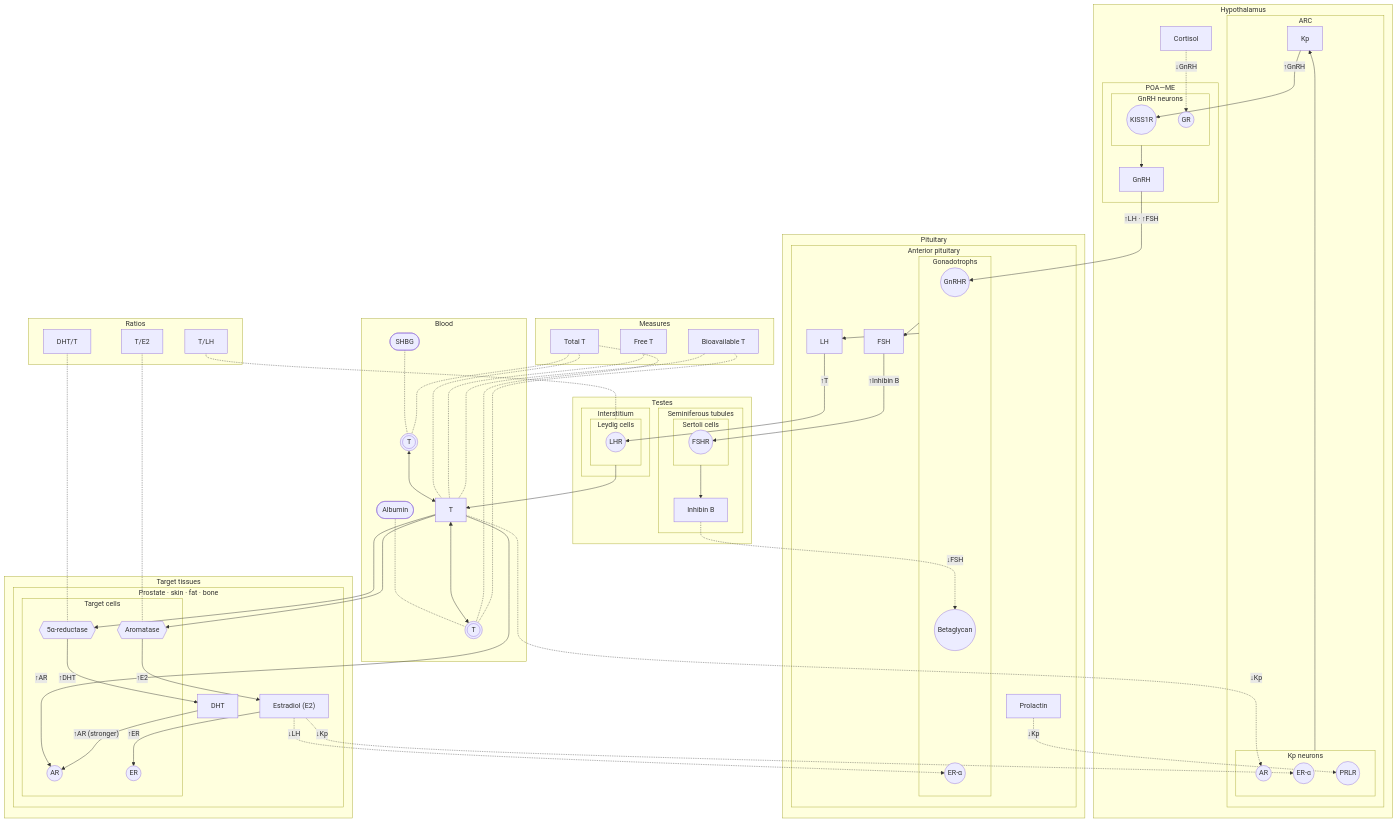
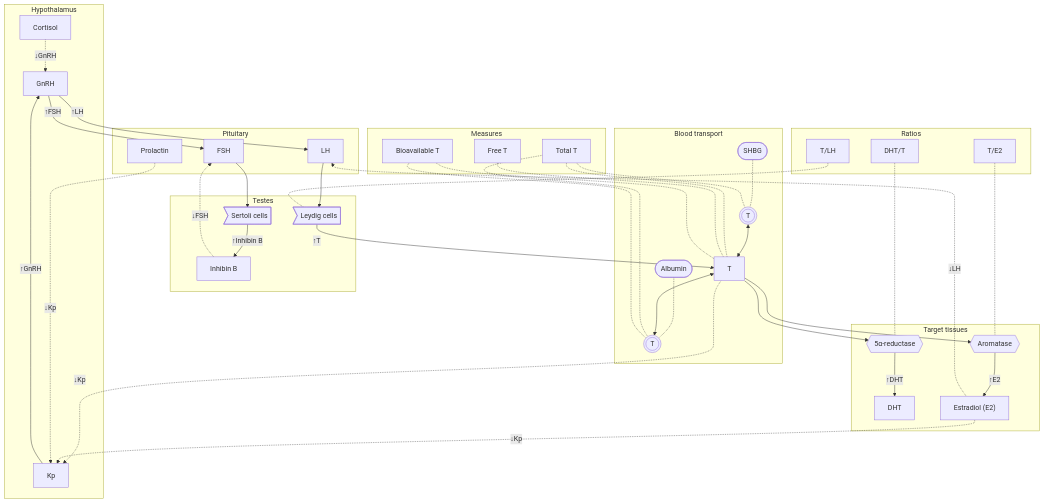
One commit to alexisayenko/project-bloodtests-v3 changed the diagram in docs/tasks/task-0024.md. Above: the diagram before and after it, drawn with Mermaid. The commit also changed other lines of this file and 10 other files, not shown here.

```diff
--- a/docs/tasks/task-0024.md
+++ b/docs/tasks/task-0024.md
@@ -363,48 +429,20 @@
 flowchart TB
   subgraph HYP["Hypothalamus"]
     CORT["Cortisol"]
-    subgraph ARC["ARC"]
-      KP["Kp"]
-      subgraph KPN["Kp neurons"]
-        KPN_AR(("AR"))
-        KPN_ERA(("ER-α"))
-        KPN_PRLR(("PRLR"))
-      end
-    end
-    subgraph POAME["POA—ME"]
-      GNRH["GnRH"]
-      subgraph GNRHN["GnRH neurons"]
-        GNRHN_KISS1R(("KISS1R"))
-        GNRHN_GR(("GR"))
-      end
-    end
+    KP["Kp"]
+    GNRH["GnRH"]
   end
   subgraph PIT["Pituitary"]
-    subgraph AP["Anterior pituitary"]
-      LH["LH"]
-      FSH["FSH"]
-      PRL["Prolactin"]
-      subgraph GTH["Gonadotrophs"]
-        GTH_GNRHR(("GnRHR"))
-        GTH_ERA(("ER-α"))
-        GTH_INHR(("Betaglycan"))
-      end
-    end
+    LH["LH"]
+    FSH["FSH"]
+    PRL["Prolactin"]
   end
   subgraph TES["Testes"]
-    subgraph INTER["Interstitium"]
-      subgraph LEY["Leydig cells"]
-        LEY_LHR(("LHR"))
-      end
-    end
-    subgraph SEMI["Seminiferous tubules"]
-      INHB["Inhibin B"]
-      subgraph SER["Sertoli cells"]
-        SER_FSHR(("FSHR"))
-      end
-    end
+    LEY>"Leydig cells"]
+    SER>"Sertoli cells"]
+    INHB["Inhibin B"]
   end
-  subgraph BLOOD["Blood"]
+  subgraph BLOOD["Blood transport"]
     SHBG(["SHBG"])
     SBT((("T")))
     FT["T"]
@@ -412,16 +450,10 @@
     ALB(["Albumin"])
   end
   subgraph TIS["Target tissues"]
-    subgraph PERI["Prostate · skin · fat · bone"]
-      DHT["DHT"]
-      E2["Estradiol (E2)"]
-      subgraph TGC["Target cells"]
-        SRD5A{{"5α-reductase"}}
-        AROM{{"Aromatase"}}
-        TGC_AR(("AR"))
-        TGC_ER(("ER"))
-      end
-    end
+    DHT["DHT"]
+    E2["Estradiol (E2)"]
+    SRD5A{{"5α-reductase"}}
+    AROM{{"Aromatase"}}
   end
   subgraph MEASURES["Measures"]
     TT["Total T"]
@@ -434,34 +466,26 @@
     TE2["T/E2"]
   end
 
-  KPN --> KP
-  KP -->|"↑GnRH"| GNRHN_KISS1R
-  GNRHN --> GNRH
-  GNRH -->|"↑LH · ↑FSH"| GTH_GNRHR
-  GTH --> LH
-  GTH --> FSH
-  LH -->|"↑T"| LEY_LHR
-  FSH -->|"↑Inhibin B"| SER_FSHR
-  SER --> INHB
-  LEY --> FT
+  KP -->|"↑GnRH"| GNRH
+  GNRH -->|"↑LH"| LH
+  GNRH -->|"↑FSH"| FSH
+  LH --> LEY -->|"↑T"| FT
+  FSH --> SER -->|"↑Inhibin B"| INHB
 
   SHBG -.- SBT
   ALB -.- ABT
   SBT <--> FT
   FT <--> ABT
 
-  FT -->|"↑AR"| TGC_AR
   FT --> SRD5A -->|"↑DHT"| DHT
-  DHT -->|"↑AR (stronger)"| TGC_AR
   FT --> AROM -->|"↑E2"| E2
-  E2 -->|"↑ER"| TGC_ER
 
-  FT -.->|"↓Kp"| KPN_AR
-  E2 -.->|"↓Kp"| KPN_ERA
-  E2 -.->|"↓LH"| GTH_ERA
-  PRL -.->|"↓Kp"| KPN_PRLR
-  INHB -.->|"↓FSH"| GTH_INHR
-  CORT -.->|"↓GnRH"| GNRHN_GR
+  FT -.->|"↓Kp"| KP
+  E2 -.->|"↓Kp"| KP
+  E2 -.->|"↓LH"| LH
+  PRL -.->|"↓Kp"| KP
+  INHB -.->|"↓FSH"| FSH
+  CORT -.->|"↓GnRH"| GNRH
 
   TT -.- SBT
   TT -.- FT
```
